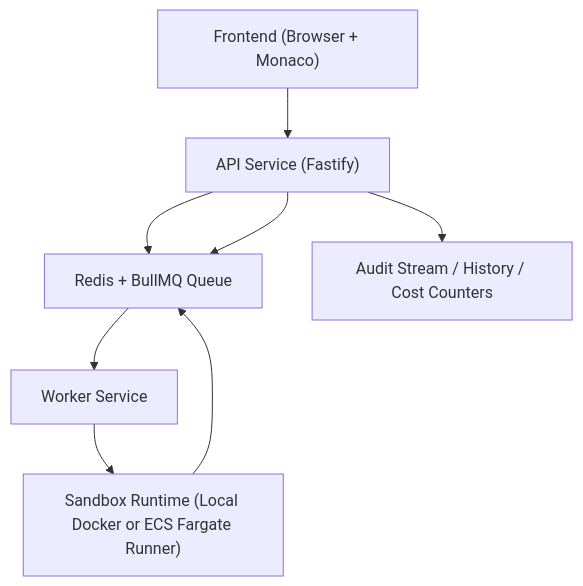
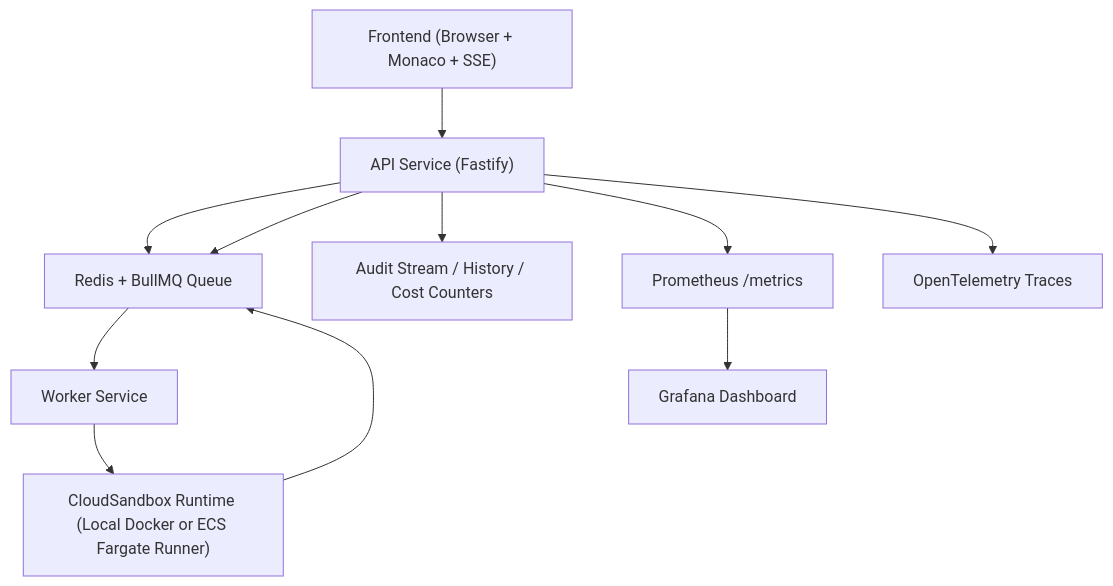
One commit to MohammedVep/cloud-code-execution-engine changed the diagram in docs/architecture.md. Above: the diagram before and after it, drawn with Mermaid. The commit also changed other lines of this file and 34 other files, not shown here.

````diff
--- a/docs/architecture.md
+++ b/docs/architecture.md
@@ -9,10 +9,13 @@
 ```mermaid
 flowchart TD
-  A["Frontend (Browser + Monaco)"] --> B["API Service (Fastify)"]
+  A["Frontend (Browser + Monaco + SSE)"] --> B["API Service (Fastify)"]
   B --> C["Redis + BullMQ Queue"]
   C --> D["Worker Service"]
-  D --> E["Sandbox Runtime (Local Docker or ECS Fargate Runner)"]
+  D --> E["CloudSandbox Runtime (Local Docker or ECS Fargate Runner)"]
   E --> C
   B --> C
   B --> F["Audit Stream / History / Cost Counters"]
+  B --> G["Prometheus /metrics"]
+  B --> H["OpenTelemetry Traces"]
+  G --> I["Grafana Dashboard"]
 ```
````
